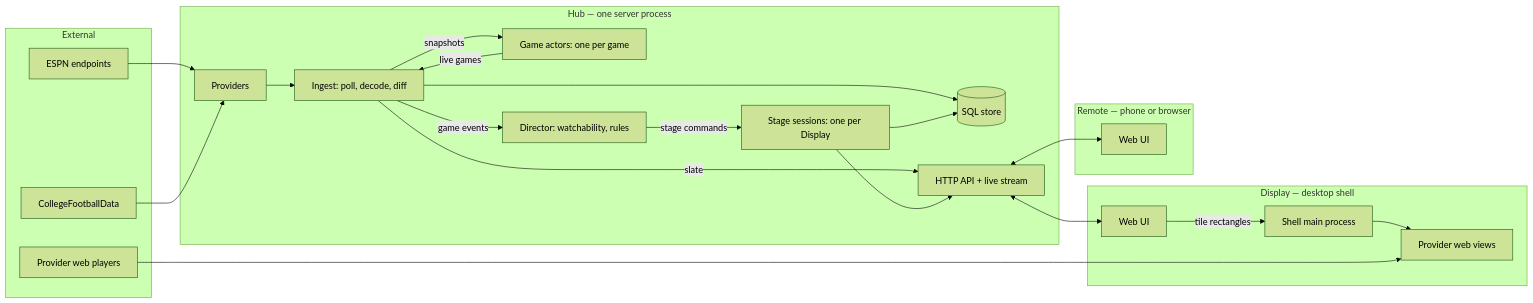
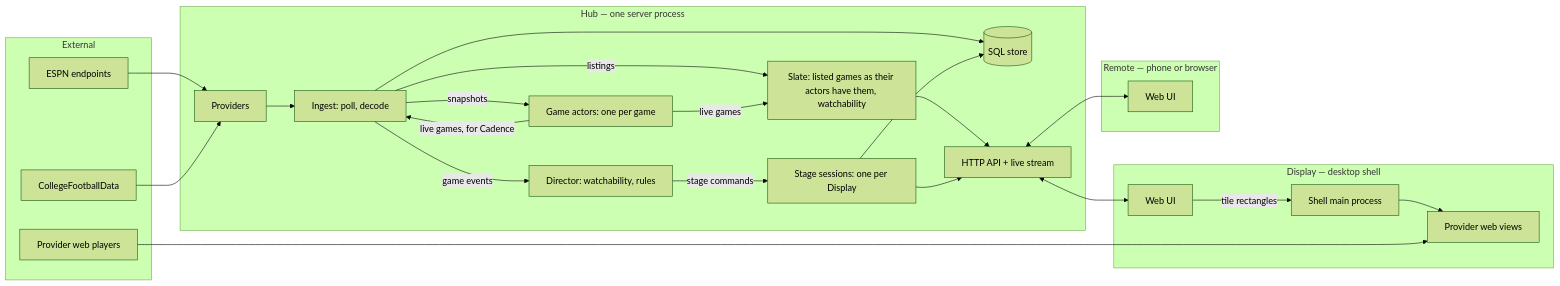
Before and after one commit to Chazzychouse/sportal: the diagram in docs/technical-spec.md, drawn with Mermaid (forest theme). The commit also changed other lines of this file and 1 other file, not shown here.

Commit message:
docs: the Hub diagram shows Slate; the slate spec names its test cluster

````diff
--- a/docs/technical-spec.md
+++ b/docs/technical-spec.md
@@ -56,43 +56,46 @@
 ```mermaid
 flowchart LR
   subgraph ext[External]
     espn[ESPN endpoints]
     cfbd[CollegeFootballData]
     yttv[Provider web players]
   end
 
   subgraph hub[Hub — one server process]
     prov[Providers]
-    ingest[Ingest: poll, decode, diff]
+    ingest[Ingest: poll, decode]
+    slate[Slate: listed games as their actors have them, watchability]
     actors[Game actors: one per game]
     director[Director: watchability, rules]
     stages[Stage sessions: one per Display]
     store[(SQL store)]
     api[HTTP API + live stream]
   end
 
   subgraph display[Display — desktop shell]
     ui1[Web UI]
     main[Shell main process]
     views[Provider web views]
   end
 
   subgraph remote[Remote — phone or browser]
     ui2[Web UI]
   end
 
   espn --> prov
   cfbd --> prov
   prov --> ingest --> store
   ingest -- snapshots --> actors
-  actors -- live games --> ingest
+  actors -- live games, for Cadence --> ingest
+  ingest -- listings --> slate
+  actors -- live games --> slate
   ingest -- game events --> director
   director -- stage commands --> stages
   stages --> store
   api <--> ui1
   api <--> ui2
-  ingest -- slate --> api
+  slate --> api
   stages --> api
   ui1 -- tile rectangles --> main --> views
   yttv --> views
 ```
````
